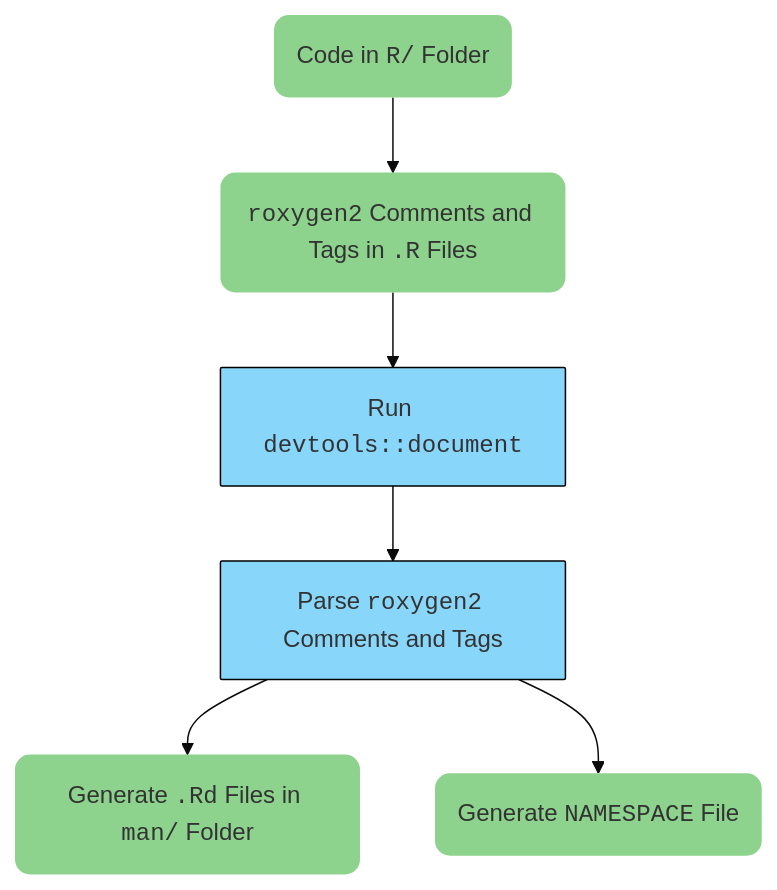
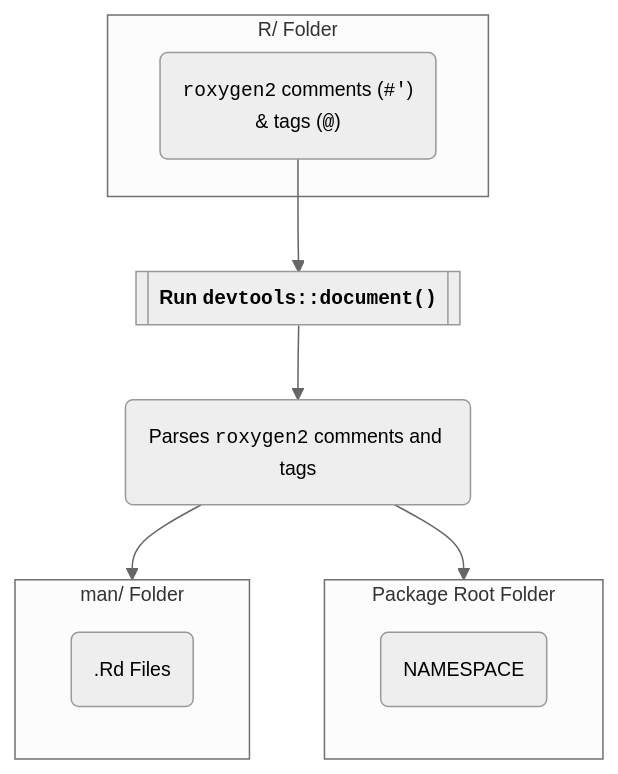
The first of 5 diagrams in document.qmd (mjfrigaard/shiny-app-pkgs), drawn with Mermaid before and after one commit. The commit also changed other lines of this file and 82 other files, not shown here.

````diff
--- a/document.qmd
+++ b/document.qmd
@@ -116,19 +360,29 @@
 ```{mermaid}
+%%| fig-cap: '`roxygen2` creates the `NAMESPACE` and help files in the  `man/` folder'
 %%| fig-align: center
-%%| fig-cap: '`roxygen2` creates the `NAMESPACE` and `man/` documentation'
-%%{init: {'theme': 'base', 'themeVariables': { 'fontFamily': 'monospace', 'primaryColor': '#33a02c', 'edgeLabelBackground':'#02577A'}}}%%
+%%{init: {'theme': 'neutral', 'themeVariables': { 'fontFamily': 'monospace', "fontSize":"13px"}}}%%
+flowchart TB
+  subgraph Code["R/ Folder"]
+   Roxy2("<code>roxygen2</code> comments (<code>#'</code>)<br> & tags (<code>@</code>)")
+   end
+  Roxy2 --> Doc[["<strong>Run <code>devtools::document()</code></strong>"]]
+  Doc --> Parse("Parses <code>roxygen2</code> comments and tags")
+   
+   subgraph Man["man/ Folder"]
+    Rd(".Rd Files")
+   end
+   
+   subgraph Root["Package Root Folder"]
+    NS("NAMESPACE")
+   end
 
-flowchart TD
-  X1(Code in <code>R/</code> Folder) --> X2(<code>roxygen2</code> Comments and Tags in <code>.R</code> Files)
-  X2 --> X3(Run <code>devtools::document</code>)
-  X3 --> X4(Parse <code>roxygen2</code> Comments and Tags)
-  X4 --> X5(Generate <code>.Rd</code> Files in <code>man/</code> Folder)
-  X4 --> X6(Generate <code>NAMESPACE</code> File)
+   Parse --> Man 
+   Parse --> Root
   
-  style X1 fill:#8dd38d,stroke:none,rx:10,ry:10;
-  style X2 fill:#8dd38d,stroke:none,rx:10,ry:10;
-  style X3 fill:#89D6FB,stroke:#000000,rx:1,ry:1;
-  style X4 fill:#89D6FB,stroke:#000000,rx:1,ry:1;
-  style X5 fill:#8dd38d,stroke:none,rx:10,ry:10;
-  style X6 fill:#8dd38d,stroke:none,rx:10,ry:10;
+  %% style Code fill:#8dd38d,stroke:none,rx:10,ry:10,font-size:13px
+  %% style Roxy2 fill:#8dd38d,stroke:none,rx:10,ry:10,font-size:13px
+  %% style Doc fill:#89D6FB,stroke:none,rx:10,ry:10,font-size:13px
+  %% style Parse fill:#89D6FB,stroke:none,rx:10,ry:10,font-size:13px
+  %% style Man fill:#8dd38d,stroke:none,rx:10,ry:10,font-size:13px
+  %% style NS fill:#8dd38d,stroke:none,rx:10,ry:10,font-size:13px
 ```
````
